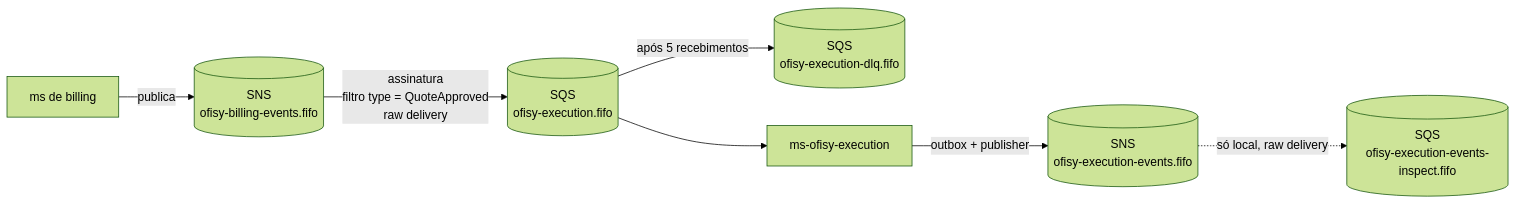
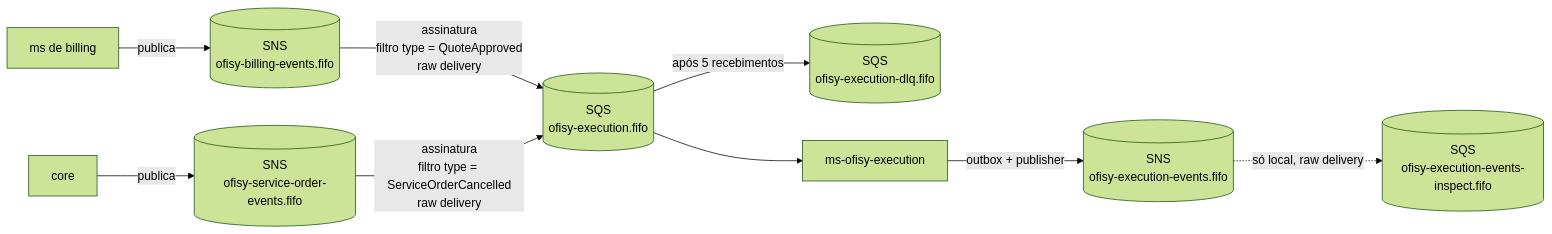
One commit to 15SOAT-FIAP/ms-ofisy-execution changed the first of 3 diagrams in docs/MESSAGING.md. Above: the diagram before and after it, drawn with Mermaid (forest theme). The commit also changed other lines of this file and 2 other files, not shown here.

Commit message:
docs: documentar o consumo do evento ServiceOrderCancelled

````diff
--- a/docs/MESSAGING.md
+++ b/docs/MESSAGING.md
@@ -9,9 +9,11 @@
 ```mermaid
 flowchart LR
     billing[ms de billing] -->|publica| topic[(SNS<br/>ofisy-billing-events.fifo)]
     topic -->|assinatura<br/>filtro type = QuoteApproved<br/>raw delivery| queue[(SQS<br/>ofisy-execution.fifo)]
+    core[core] -->|publica| soTopic[(SNS<br/>ofisy-service-order-events.fifo)]
+    soTopic -->|assinatura<br/>filtro type = ServiceOrderCancelled<br/>raw delivery| queue
     queue -->|após 5 recebimentos| dlq[(SQS<br/>ofisy-execution-dlq.fifo)]
     queue --> app[ms-ofisy-execution]
     app -->|outbox + publisher| execTopic[(SNS<br/>ofisy-execution-events.fifo)]
     execTopic -.->|só local, raw delivery| inspect[(SQS<br/>ofisy-execution-events-inspect.fifo)]
 ```
````
